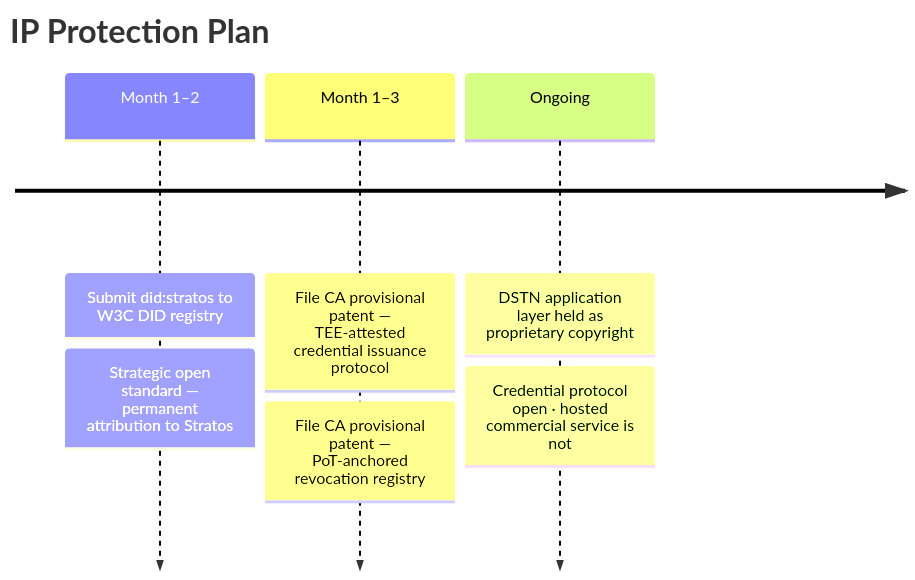
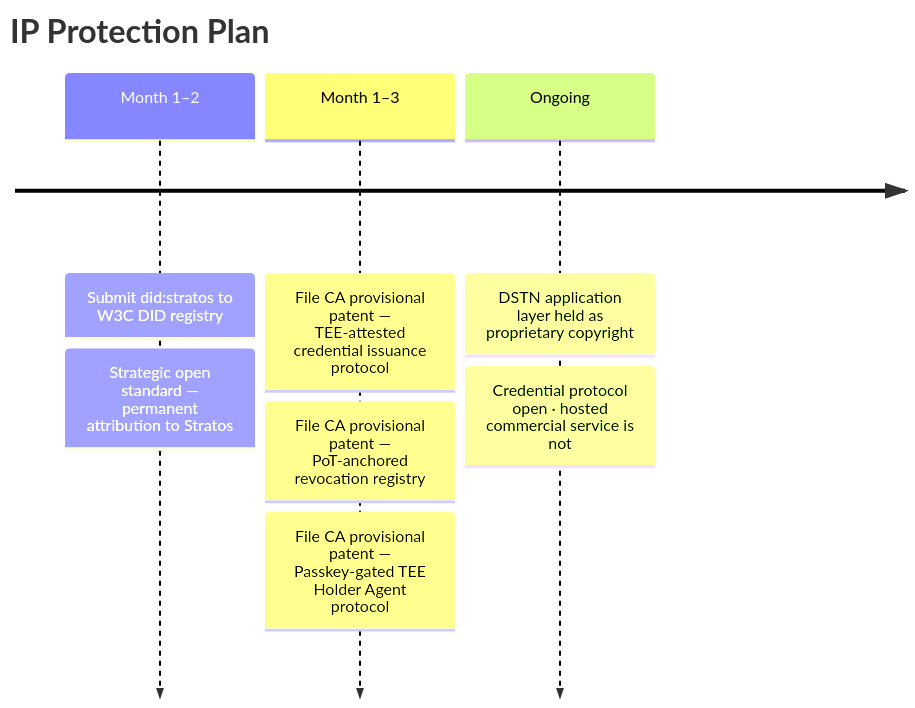
Before and after one commit to sirius-zuo/dstn: the first of 6 diagrams in docs/superpowers/specs/2026-06-11-dstn-business-plan-design.md, drawn with Mermaid. The commit also changed other lines of this file, not shown here.

First line of the commit message:
Update business plan to reflect passkey-gated holder design

````diff
--- a/docs/superpowers/specs/2026-06-11-dstn-business-plan-design.md
+++ b/docs/superpowers/specs/2026-06-11-dstn-business-plan-design.md
@@ -58,10 +60,11 @@
 ```mermaid
 timeline
     title IP Protection Plan
     Month 1–2 : Submit did:stratos to W3C DID registry
               : Strategic open standard — permanent attribution to Stratos
     Month 1–3 : File CA provisional patent — TEE-attested credential issuance protocol
               : File CA provisional patent — PoT-anchored revocation registry
+              : File CA provisional patent — Passkey-gated TEE Holder Agent protocol
     Ongoing   : DSTN application layer held as proprietary copyright
               : Credential protocol open · hosted commercial service is not
 ```
````
